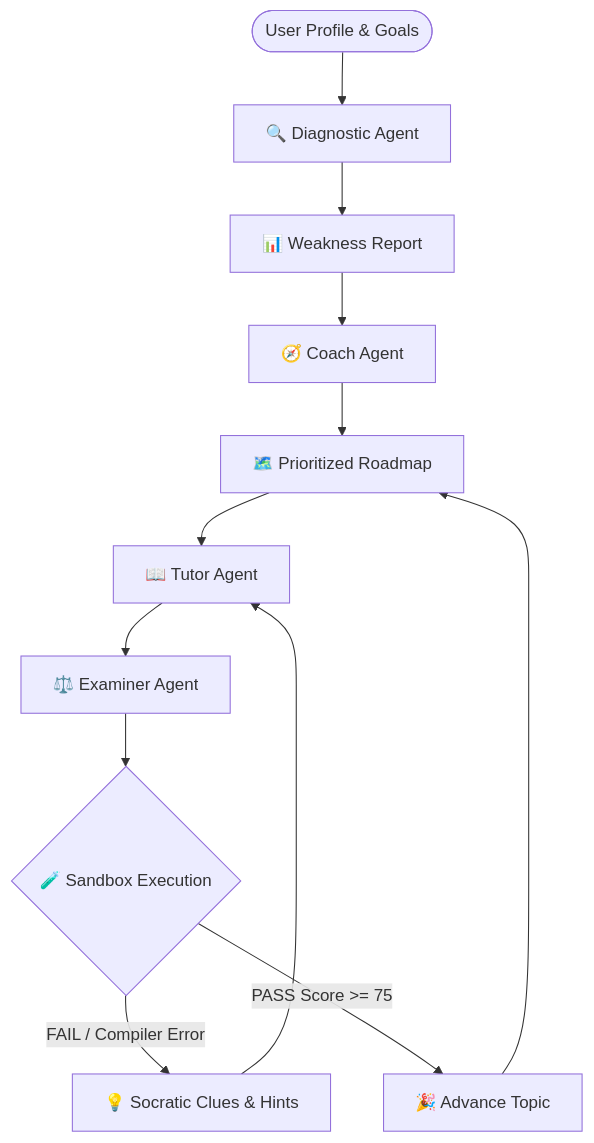
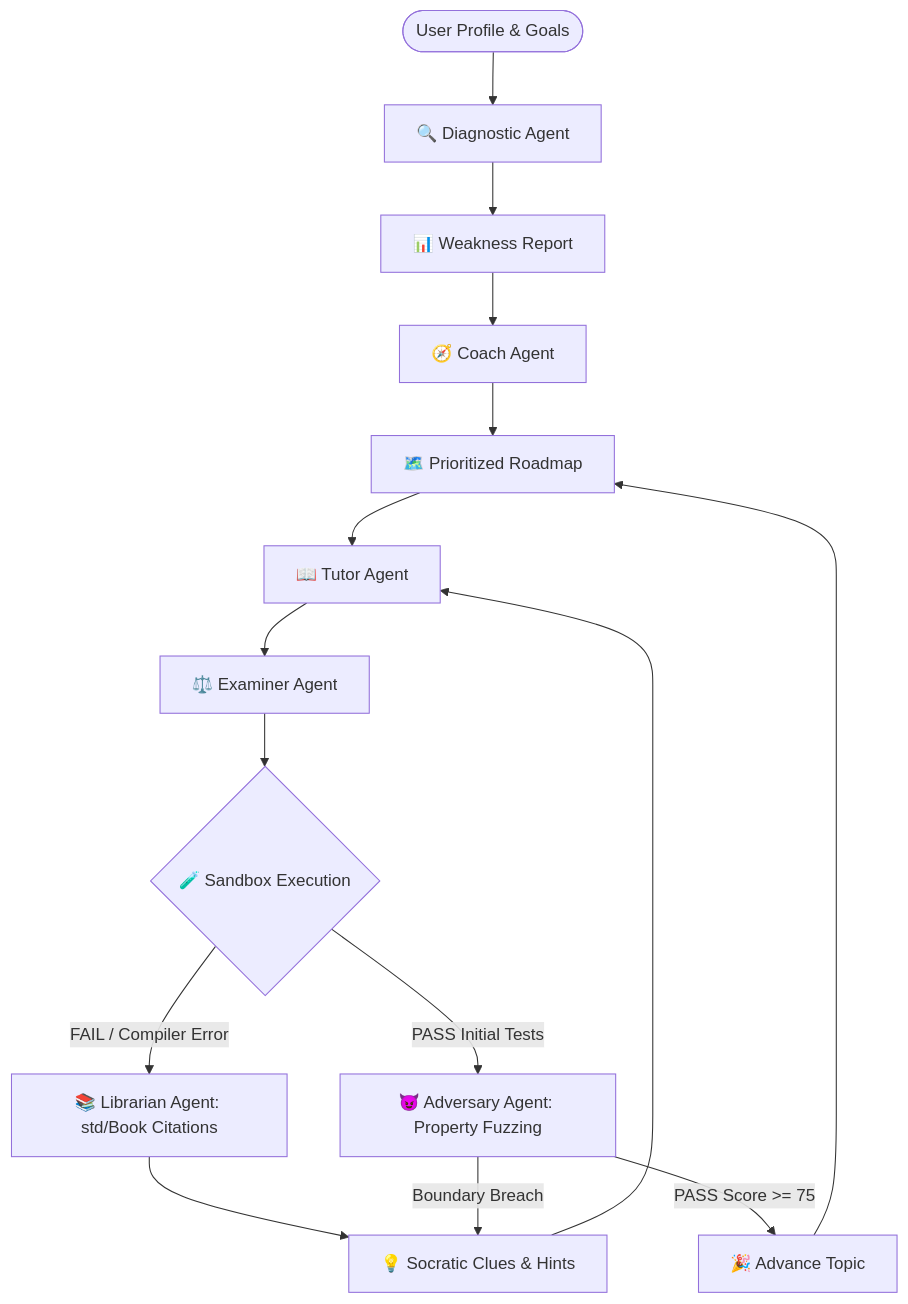
One commit to nereuslabs/Nereus changed the first of 2 diagrams in README.md. Above: the diagram before and after it, drawn with Mermaid. The commit also changed other lines of this file and 4 other files, not shown here.

````diff
--- a/README.md
+++ b/README.md
@@ -82,14 +82,17 @@
 ```mermaid
 flowchart TD
     Start([User Profile & Goals]) --> Diag[🔍 Diagnostic Agent]
     Diag --> Weak[📊 Weakness Report]
     Weak --> Coach[🧭 Coach Agent]
     Coach --> Road[🗺️ Prioritized Roadmap]
     Road --> Tutor[📖 Tutor Agent]
     Tutor --> Exam[⚖️ Examiner Agent]
     Exam --> Sandbox{🧪 Sandbox Execution}
-    Sandbox -->|FAIL / Compiler Error| Retry[💡 Socratic Clues & Hints]
+    Sandbox -->|FAIL / Compiler Error| Lib[📚 Librarian Agent: std/Book Citations]
+    Lib --> Retry[💡 Socratic Clues & Hints]
     Retry --> Tutor
-    Sandbox -->|PASS Score >= 75| Advance[🎉 Advance Topic]
+    Sandbox -->|PASS Initial Tests| Adv[😈 Adversary Agent: Property Fuzzing]
+    Adv -->|Boundary Breach| Retry
+    Adv -->|PASS Score >= 75| Advance[🎉 Advance Topic]
     Advance --> Road
 ```
````
